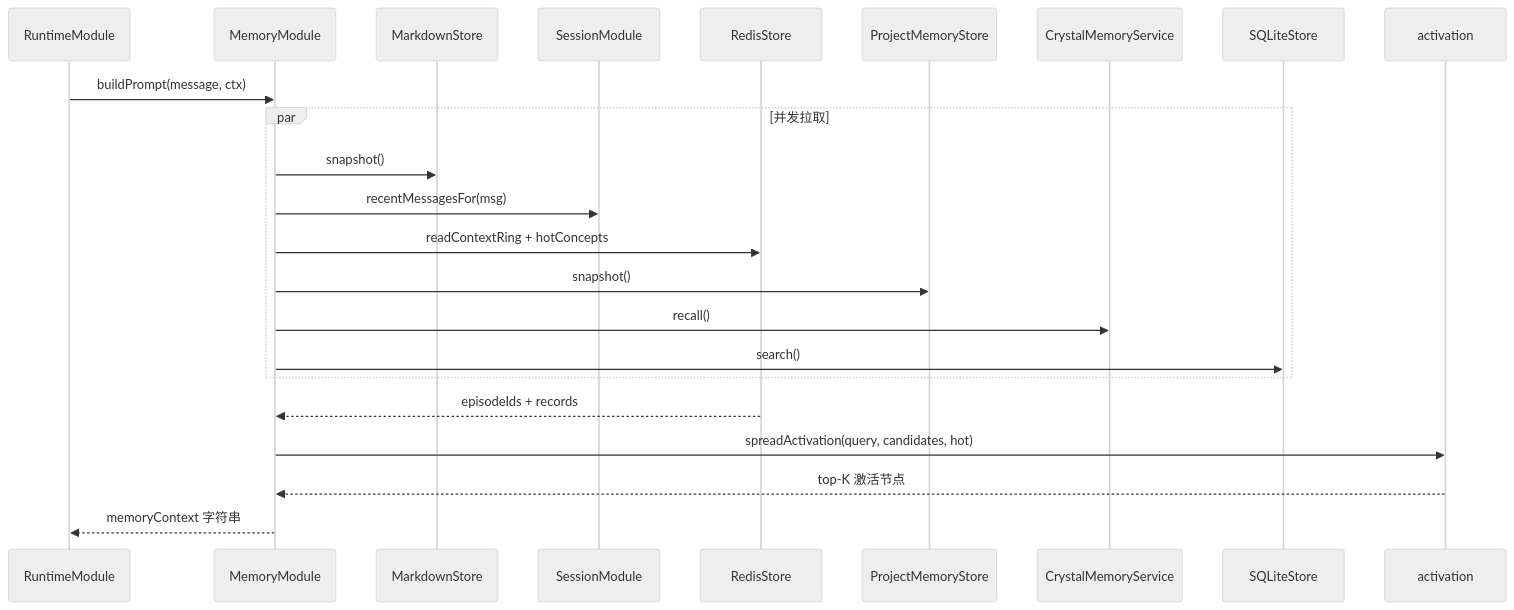
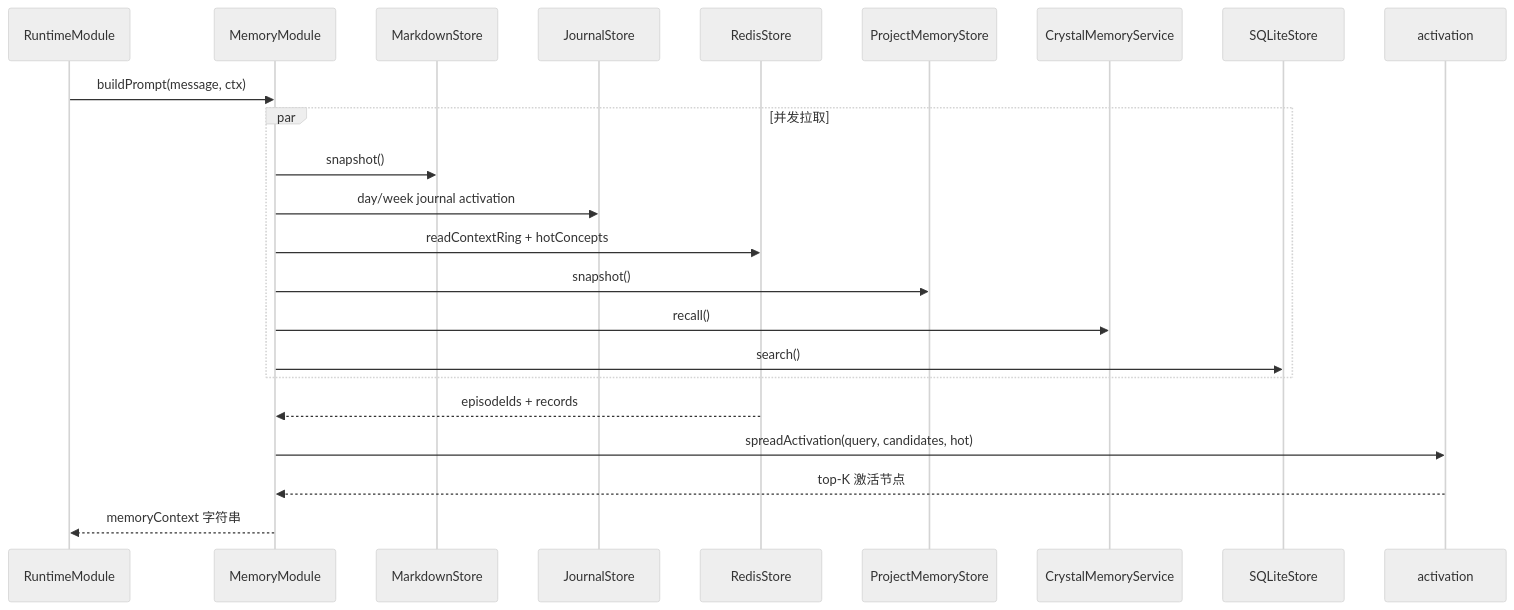
The fourth of 5 diagrams in docs/memory.system.md (flyflor/flyflor), drawn with Mermaid (neutral theme) before and after one commit. The commit also changed other lines of this file and 83 other files, not shown here.

````diff
--- a/docs/memory.system.md
+++ b/docs/memory.system.md
@@ -96,25 +96,25 @@
 ```mermaid
 sequenceDiagram
     participant RT as RuntimeModule
     participant Mem as MemoryModule
     participant MD as MarkdownStore
-    participant SS as SessionModule
+    participant J as JournalStore
     participant R as RedisStore
     participant PM as ProjectMemoryStore
     participant CR as CrystalMemoryService
     participant SQ as SQLiteStore
     participant Act as activation
     RT->>Mem: buildPrompt(message, ctx)
     par 并发拉取
         Mem->>MD: snapshot()
-        Mem->>SS: recentMessagesFor(msg)
+        Mem->>J: day/week journal activation
         Mem->>R: readContextRing + hotConcepts
         Mem->>PM: snapshot()
         Mem->>CR: recall()
         Mem->>SQ: search()
     end
     R-->>Mem: episodeIds + records
     Mem->>Act: spreadActivation(query, candidates, hot)
     Act-->>Mem: top-K 激活节点
     Mem-->>RT: memoryContext 字符串
 ```
````
